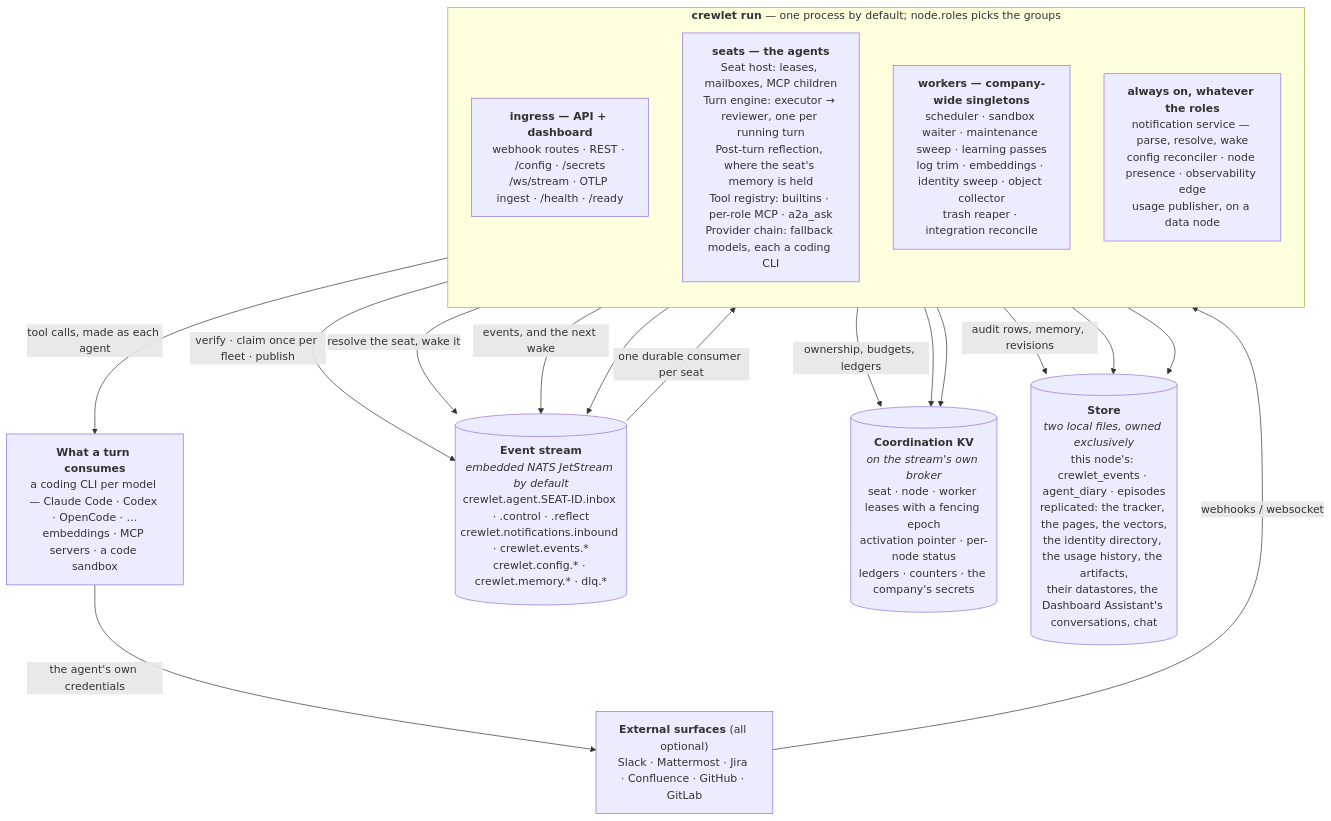
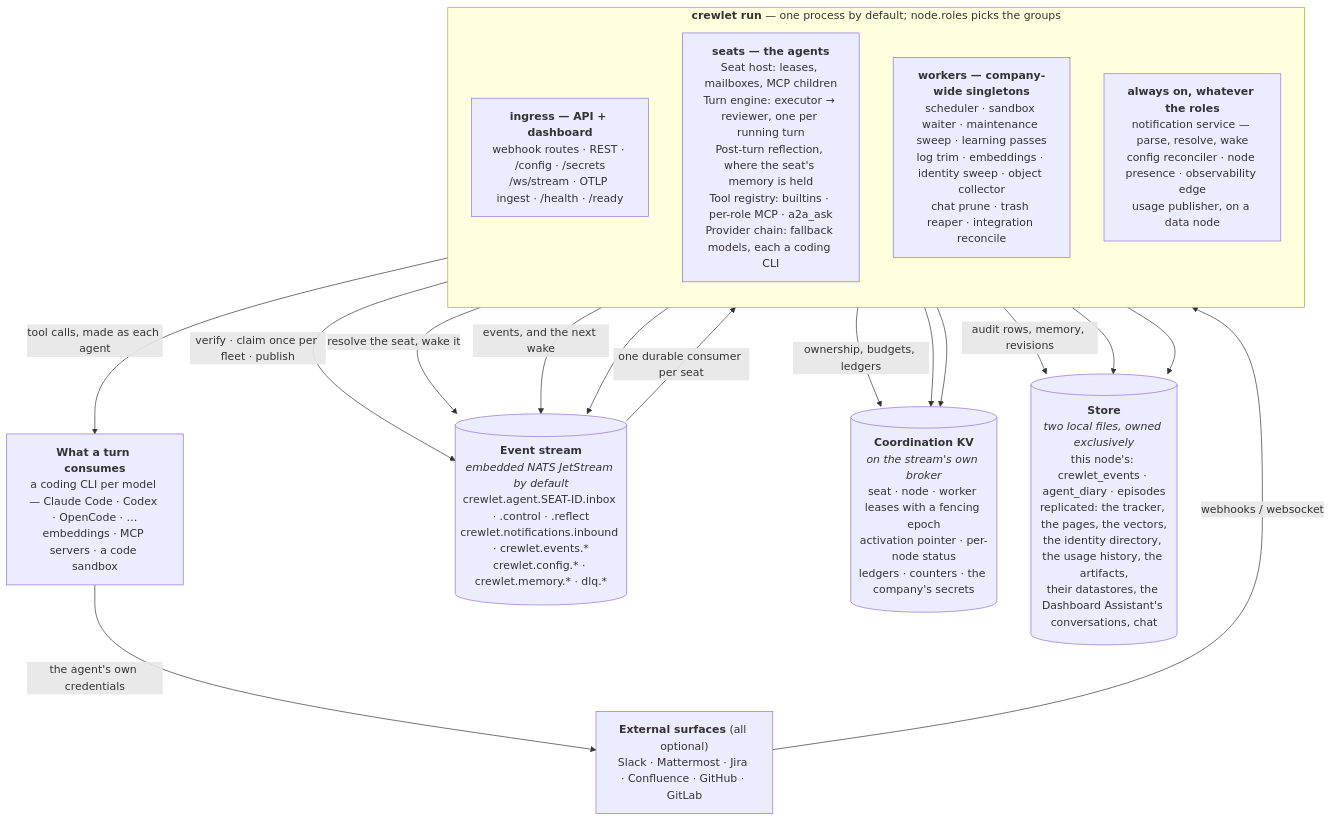
The diagram in docs/concepts/overview.md (crewlet/crewlet), drawn with Mermaid before and after one commit. The commit also changed 73 other files, not shown here.

````diff
--- a/docs/concepts/overview.md
+++ b/docs/concepts/overview.md
@@ -56,32 +56,32 @@
 ```mermaid
 flowchart TB
     EXT["<b>External surfaces</b> (all optional)<br/>Slack · Mattermost · Jira · Confluence · GitHub · GitLab"]
     SUPPLY["<b>What a turn consumes</b><br/>a coding CLI per model — Claude Code · Codex · OpenCode · …<br/>embeddings · MCP servers · a code sandbox"]
 
     subgraph proc["<b>crewlet run</b> — one process by default; node.roles picks the groups"]
         direction TB
         API["<b>ingress — API + dashboard</b><br/>webhook routes · REST · /config · /secrets<br/>/ws/stream · OTLP ingest · /health · /ready"]
         SEAT["<b>seats — the agents</b><br/>Seat host: leases, mailboxes, MCP children<br/>Turn engine: executor → reviewer, one per running turn<br/>Post-turn reflection, where the seat's memory is held<br/>Tool registry: builtins · per-role MCP · a2a_ask<br/>Provider chain: fallback models, each a coding CLI"]
-        DUTY["<b>workers — company-wide singletons</b><br/>scheduler · sandbox waiter · maintenance sweep · learning passes<br/>log trim · embeddings · identity sweep · object collector<br/>trash reaper · integration reconcile"]
+        DUTY["<b>workers — company-wide singletons</b><br/>scheduler · sandbox waiter · maintenance sweep · learning passes<br/>log trim · embeddings · identity sweep · object collector<br/>chat prune · trash reaper · integration reconcile"]
         CORE["<b>always on, whatever the roles</b><br/>notification service — parse, resolve, wake<br/>config reconciler · node presence · observability edge<br/>usage publisher, on a data node"]
     end
 
     STREAM[("<b>Event stream</b><br/><i>embedded NATS JetStream by default</i><br/>crewlet.agent.SEAT-ID.inbox · .control · .reflect<br/>crewlet.notifications.inbound · crewlet.events.*<br/>crewlet.config.* · crewlet.memory.* · dlq.*")]
     KV[("<b>Coordination KV</b><br/><i>on the stream's own broker</i><br/>seat · node · worker leases with a fencing epoch<br/>activation pointer · per-node status<br/>ledgers · counters · the company's secrets")]
     DB[("<b>Store</b><br/><i>two local files, owned exclusively</i><br/>this node's: crewlet_events · agent_diary · episodes<br/>replicated: the tracker, the pages, the vectors,<br/>the identity directory, the usage history, the artifacts,<br/>their datastores, the Dashboard Assistant's conversations, chat")]
 
     EXT -->|"webhooks / websocket"| API
     API -->|"verify · claim once per fleet · publish"| STREAM
     CORE -->|"resolve the seat, wake it"| STREAM
     STREAM -->|"one durable consumer per seat"| SEAT
     SEAT -->|"tool calls, made as each agent"| SUPPLY
     SUPPLY -->|"the agent's own credentials"| EXT
     SEAT -->|"events, and the next wake"| STREAM
     DUTY --> STREAM
     SEAT -->|"ownership, budgets, ledgers"| KV
     CORE --> KV
     DUTY --> KV
     SEAT -->|"audit rows, memory, revisions"| DB
     CORE --> DB
     API --> DB
 ```
````
